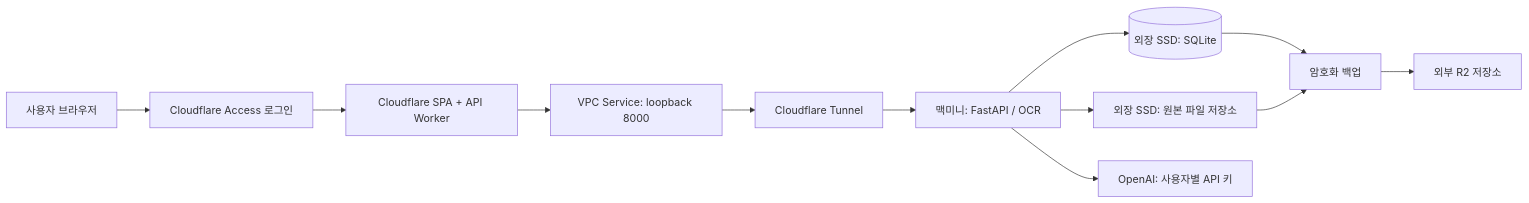
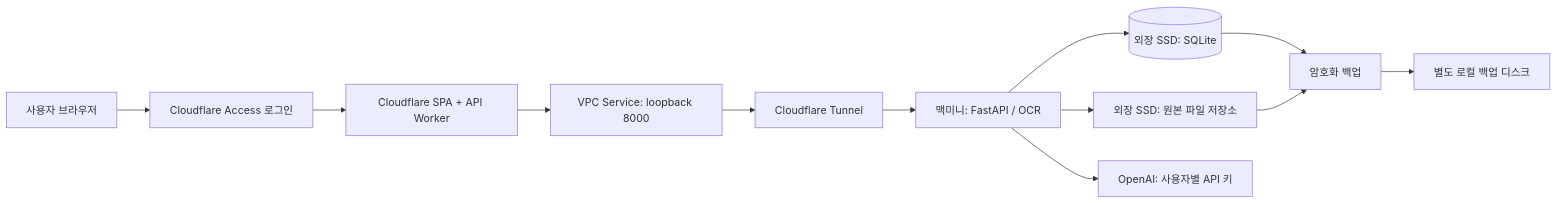
One commit to Yelihi/resume-agent changed the diagram in DEPLOYMENT_PLAN.md. Above: the diagram before and after it, drawn with Mermaid. The commit also changed other lines of this file and 17 other files, not shown here.

````diff
--- a/DEPLOYMENT_PLAN.md
+++ b/DEPLOYMENT_PLAN.md
@@ -41,14 +47,14 @@
 ```mermaid
 flowchart LR
     U[사용자 브라우저] --> A[Cloudflare Access 로그인]
     A --> W[Cloudflare SPA + API Worker]
     W --> OAUTH[VPC Service: loopback 8000]
     OAUTH --> T[Cloudflare Tunnel]
     T --> S[맥미니: FastAPI / OCR]
     S --> D[(외장 SSD: SQLite)]
     S --> F[외장 SSD: 원본 파일 저장소]
     S --> O[OpenAI: 사용자별 API 키]
     D --> B[암호화 백업]
     F --> B
-    B --> R[외부 R2 저장소]
+    B --> R[별도 로컬 백업 디스크]
 ```
````
